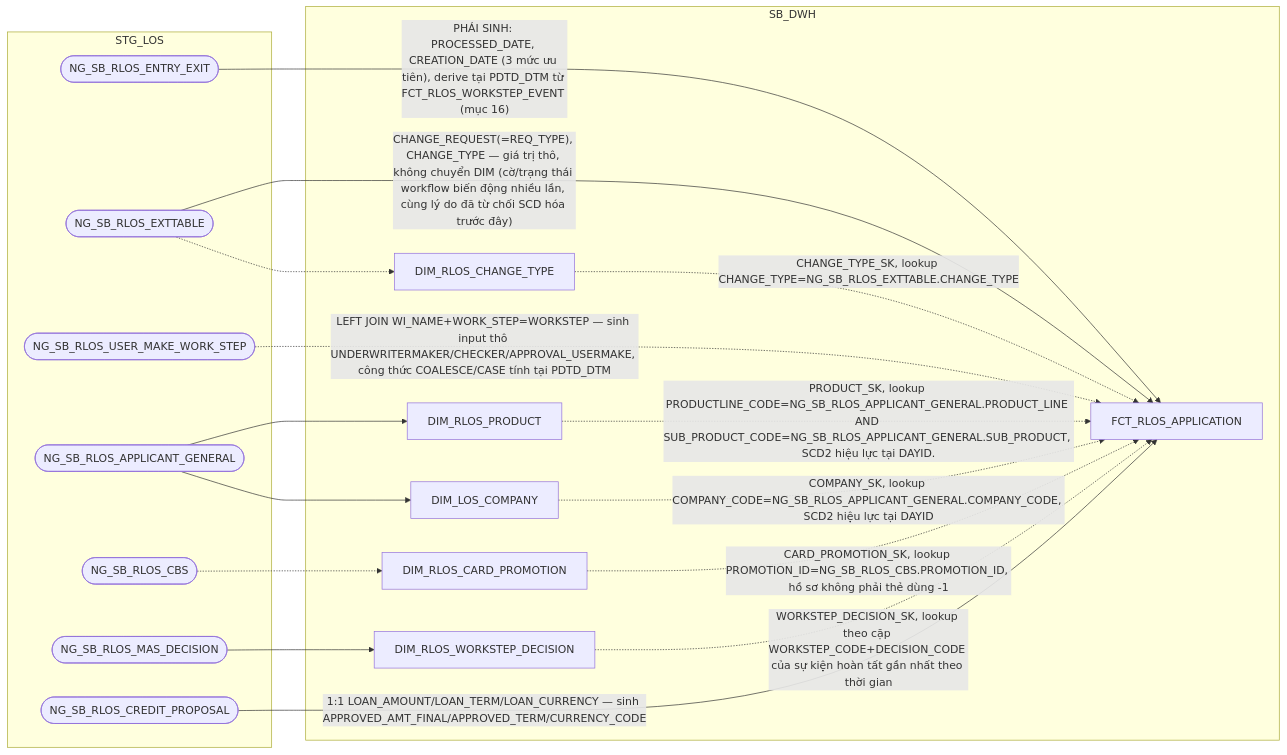
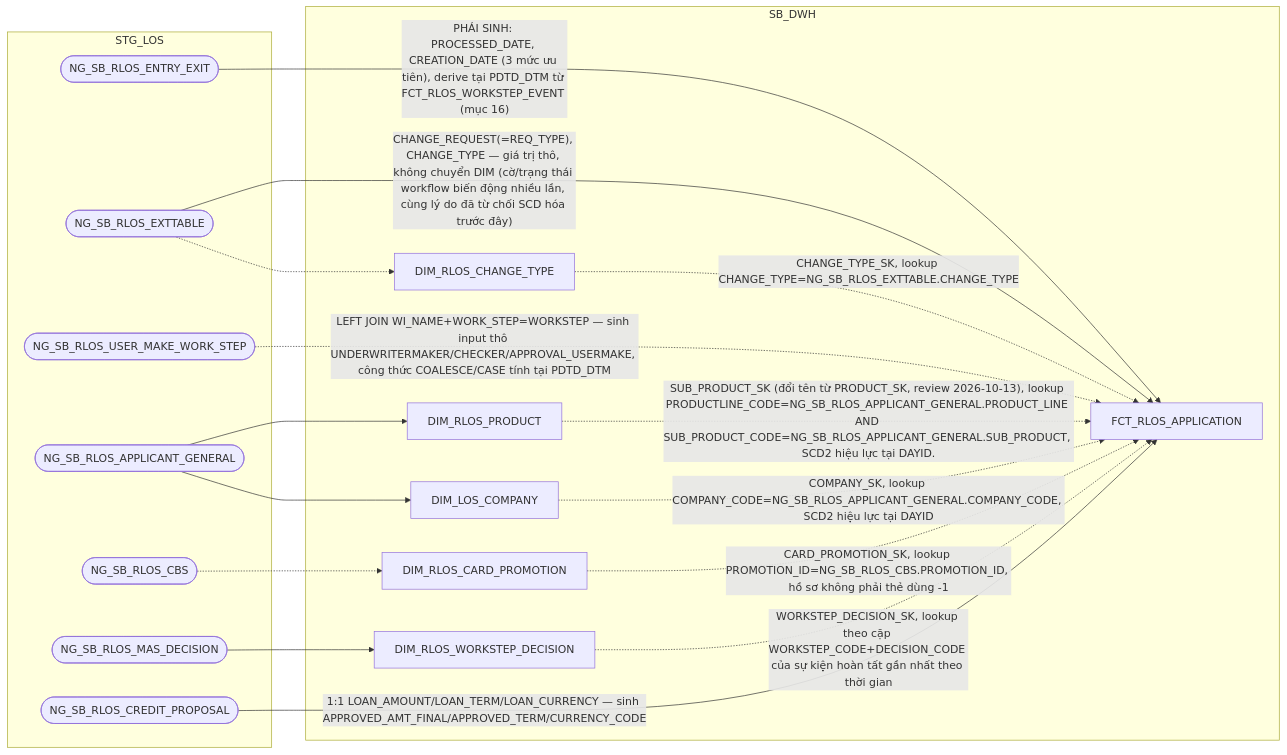
The seventh of 14 diagrams in hld/hld_review/HLD_FCT_SB_DWH_review.md (chien1198/sb-mapping-gen), drawn with Mermaid before and after one commit. The commit also changed other lines of this file and 49 other files, not shown here.

````diff
--- a/hld/hld_review/HLD_FCT_SB_DWH_review.md
+++ b/hld/hld_review/HLD_FCT_SB_DWH_review.md
@@ -516,34 +517,34 @@
 ```mermaid
 flowchart LR
     subgraph STG_LOS
         A(["NG_SB_RLOS_ENTRY_EXIT"])
         I(["NG_SB_RLOS_EXTTABLE"])
         J(["NG_SB_RLOS_USER_MAKE_WORK_STEP"])
         P1(["NG_SB_RLOS_APPLICANT_GENERAL"])
         P4(["NG_SB_RLOS_CBS"])
         MW(["NG_SB_RLOS_MAS_DECISION"])
         CR(["NG_SB_RLOS_CREDIT_PROPOSAL"])
     end
     subgraph SB_DWH
         WD["DIM_RLOS_WORKSTEP_DECISION"]
         PR["DIM_RLOS_PRODUCT"]
         OU["DIM_LOS_COMPANY"]
         CT["DIM_RLOS_CHANGE_TYPE"]
         CP["DIM_RLOS_CARD_PROMOTION"]
         E["FCT_RLOS_APPLICATION"]
     end
     A -->|"PHÁI SINH: PROCESSED_DATE, CREATION_DATE (3 mức ưu tiên), derive tại PDTD_DTM từ FCT_RLOS_WORKSTEP_EVENT (mục 16)"| E
     I -->|"CHANGE_REQUEST(=REQ_TYPE), CHANGE_TYPE — giá trị thô, không chuyển DIM (cờ/trạng thái workflow biến động nhiều lần, cùng lý do đã từ chối SCD hóa trước đây)"| E
     I -.-> CT
     J -.->|"LEFT JOIN WI_NAME+WORK_STEP=WORKSTEP — sinh input thô UNDERWRITERMAKER/CHECKER/APPROVAL_USERMAKE, công thức COALESCE/CASE tính tại PDTD_DTM"| E
     WD -.->|"WORKSTEP_DECISION_SK, lookup theo cặp WORKSTEP_CODE+DECISION_CODE của sự kiện hoàn tất gần nhất theo thời gian"| E
     MW --> WD
-    PR -.->|"PRODUCT_SK, lookup PRODUCTLINE_CODE=NG_SB_RLOS_APPLICANT_GENERAL.PRODUCT_LINE AND SUB_PRODUCT_CODE=NG_SB_RLOS_APPLICANT_GENERAL.SUB_PRODUCT, SCD2 hiệu lực tại DAYID."| E
+    PR -.->|"SUB_PRODUCT_SK (đổi tên từ PRODUCT_SK, review 2026-10-13), lookup PRODUCTLINE_CODE=NG_SB_RLOS_APPLICANT_GENERAL.PRODUCT_LINE AND SUB_PRODUCT_CODE=NG_SB_RLOS_APPLICANT_GENERAL.SUB_PRODUCT, SCD2 hiệu lực tại DAYID."| E
     OU -.->|"COMPANY_SK, lookup COMPANY_CODE=NG_SB_RLOS_APPLICANT_GENERAL.COMPANY_CODE, SCD2 hiệu lực tại DAYID"| E
     CT -.->|"CHANGE_TYPE_SK, lookup CHANGE_TYPE=NG_SB_RLOS_EXTTABLE.CHANGE_TYPE"| E
     CP -.->|"CARD_PROMOTION_SK, lookup PROMOTION_ID=NG_SB_RLOS_CBS.PROMOTION_ID, hồ sơ không phải thẻ dùng -1"| E
     P1 --> PR
     P1 --> OU
     P4 -.-> CP
     CR -->|"1:1 LOAN_AMOUNT/LOAN_TERM/LOAN_CURRENCY — sinh APPROVED_AMT_FINAL/APPROVED_TERM/CURRENCY_CODE"| E
 ```
````
